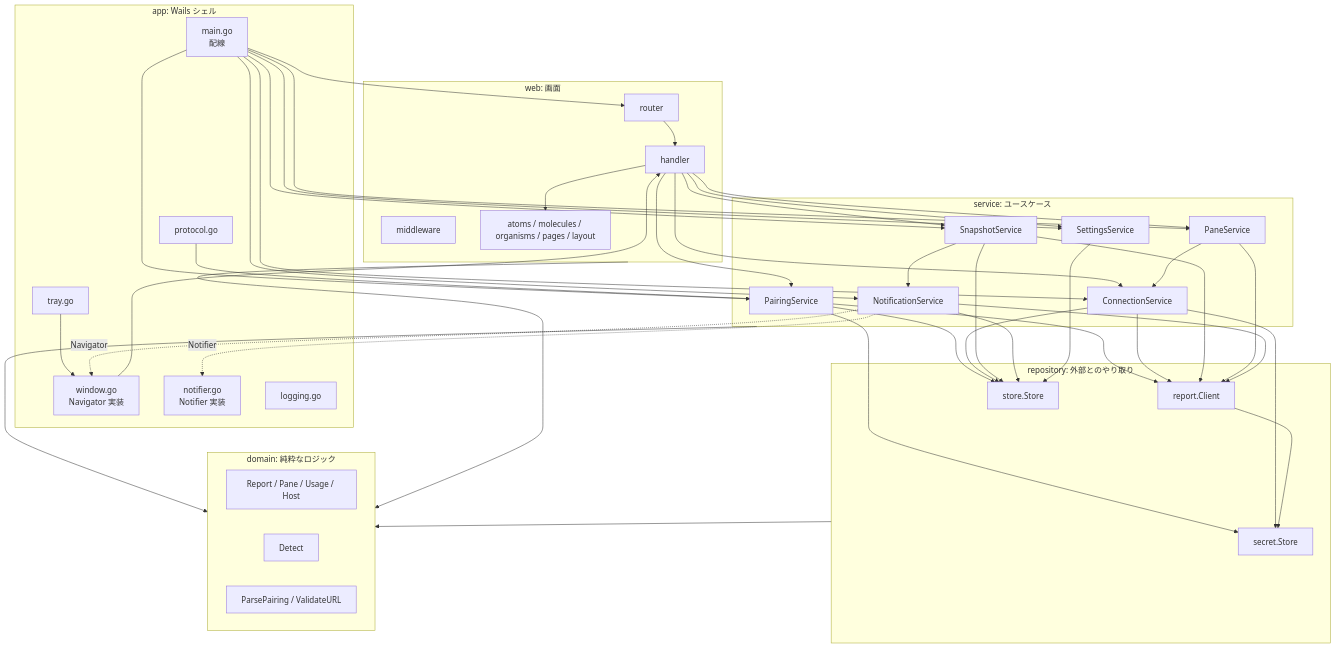
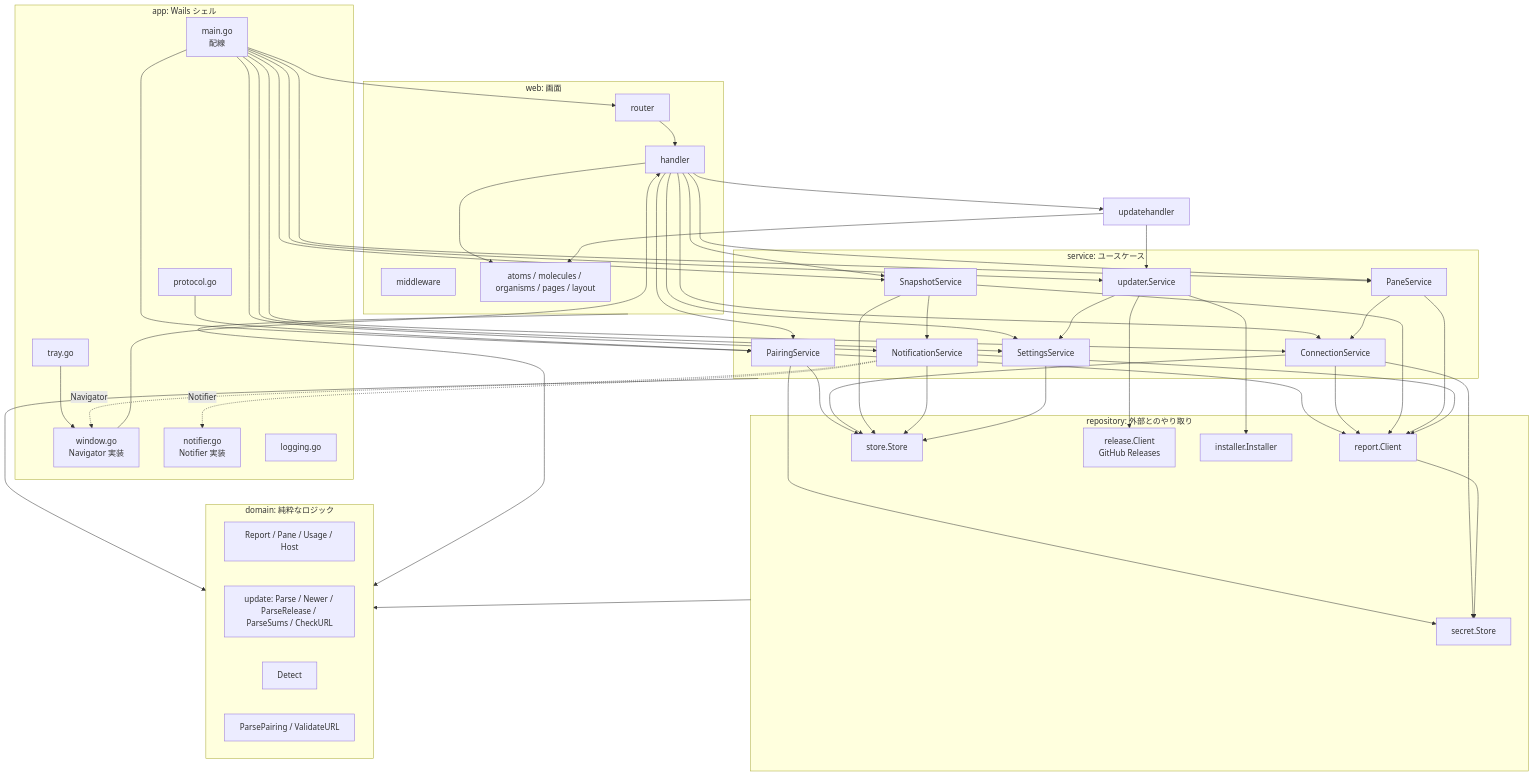
The diagram in docs/components/overview.md (ousiassllc/swarm-viewer), drawn with Mermaid before and after one commit. The commit also changed other lines of this file and 9 other files, not shown here.

````diff
--- a/docs/components/overview.md
+++ b/docs/components/overview.md
@@ -29,55 +30,63 @@
 ```mermaid
 graph TD
     subgraph app[app: Wails シェル]
         Main[main.go<br/>配線]
         Window[window.go<br/>Navigator 実装]
         Tray[tray.go]
         Proto[protocol.go]
         NotifierImpl[notifier.go<br/>Notifier 実装]
         Logging[logging.go]
     end
     subgraph web[web: 画面]
         Router[router]
         Handler[handler]
         MW[middleware]
         Tpl[atoms / molecules / organisms / pages / layout]
     end
     subgraph service[service: ユースケース]
         Pairing[PairingService]
         Conn[ConnectionService]
         Snap[SnapshotService]
         Notif[NotificationService]
         Settings[SettingsService]
         PaneSvc[PaneService]
+        Updater[updater.Service]
     end
     subgraph repo[repository: 外部とのやり取り]
         ReportC[report.Client]
         Store[store.Store]
         Secret[secret.Store]
+        Release[release.Client<br/>GitHub Releases]
+        Installer[installer.Installer]
     end
     subgraph dom[domain: 純粋なロジック]
         Model[Report / Pane / Usage / Host]
+        UpdateDom[update: Parse / Newer / ParseRelease / ParseSums / CheckURL]
         Detect[Detect]
         Validate[ParsePairing / ValidateURL]
     end
 
     Main --> Router
     Main --> Pairing & Conn & Snap & Notif & Settings & PaneSvc
+    Main --> Updater
     Router --> Handler --> Tpl
     Handler --> Pairing & Conn & Snap & Settings & PaneSvc
+    Handler --> UpdateH[updatehandler] --> Updater
+    UpdateH --> Tpl
     Proto --> Pairing
     Tray --> Window
     Window --> Handler
     Pairing --> ReportC & Store & Secret
     Conn --> ReportC & Store & Secret
     Snap --> ReportC & Store & Notif
     PaneSvc --> ReportC & Conn
     Notif --> ReportC & Store
     Notif -.Notifier.-> NotifierImpl
     Notif -.Navigator.-> Window
     Settings --> Store
+    Updater --> Release & Installer & Settings
     ReportC --> Secret
     service --> dom
     repo --> dom
     web --> dom
 ```
````
